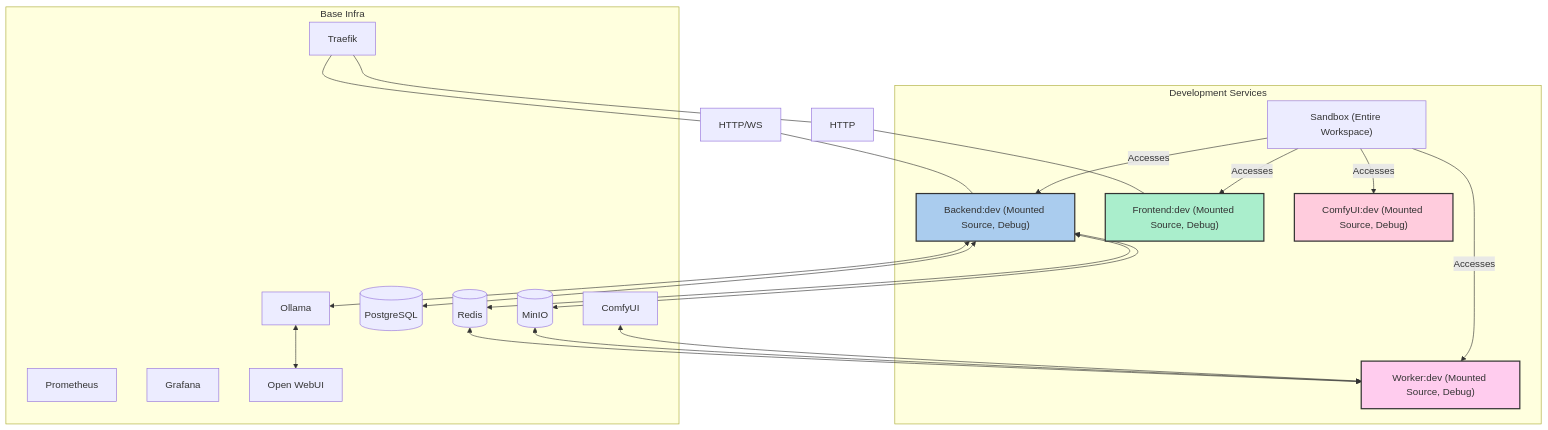
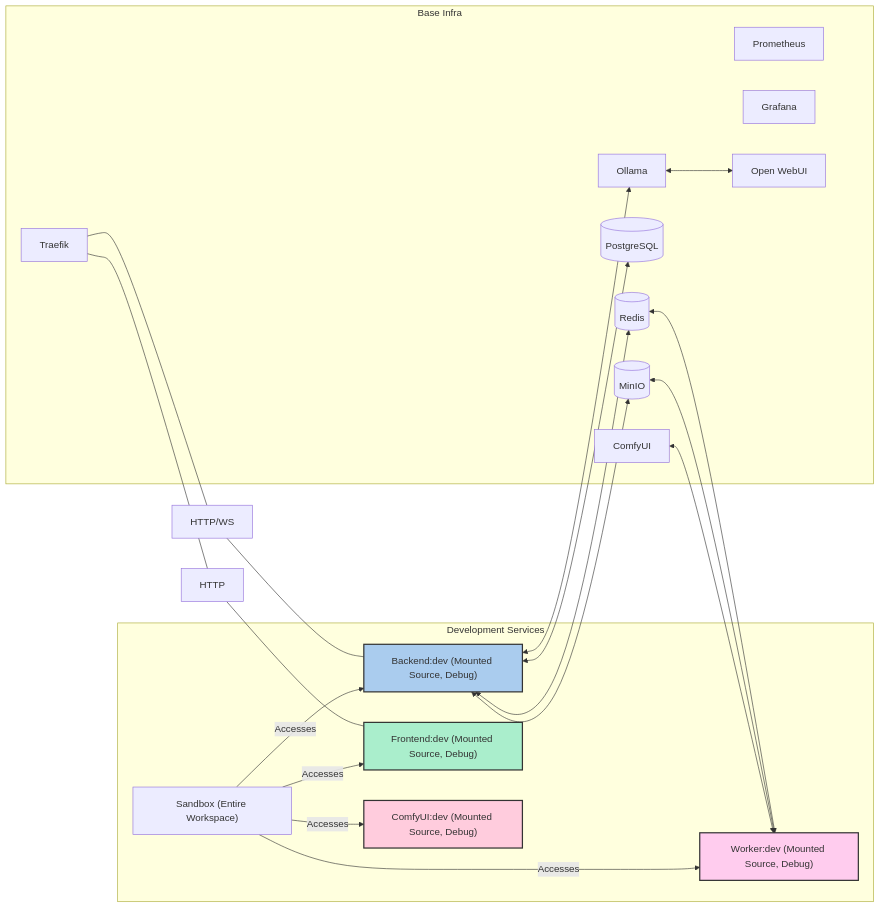
One commit to ktzevani/myspinbot changed the second of 2 diagrams in common/shared/analysis/platform_architecture_overview.md. Above: the diagram before and after it, drawn with Mermaid. The commit also changed other lines of this file and 1 other file, not shown here.

Commit message:
Documentation updates.

````diff
--- a/common/shared/analysis/platform_architecture_overview.md
+++ b/common/shared/analysis/platform_architecture_overview.md
@@ -97,44 +97,44 @@
 ```mermaid
-graph TD
+graph LR
     subgraph Base Infra
         T[Traefik]
         REDIS[(Redis)]
         POSTGRES[(PostgreSQL)]
         MINIO[(MinIO)]
         PROM[Prometheus]
         GRAFANA[Grafana]
         OLLAMA[Ollama]
         OPENWEBUI[Open WebUI]
         COMFYUI[ComfyUI]
     end
 
     subgraph Development Services
         API_DEV["Backend:dev (Mounted Source, Debug)"]
         UI_DEV["Frontend:dev (Mounted Source, Debug)"]
         WORKER_DEV["Worker:dev (Mounted Source, Debug)"]
         COMFYUI_DEV["ComfyUI:dev (Mounted Source, Debug)"]
         SANDBOX["Sandbox (Entire Workspace)"]
     end
 
     T --- HTTP/WS --- API_DEV
     T --- HTTP --- UI_DEV
     API_DEV <--> REDIS
     API_DEV <--> POSTGRES
     API_DEV <--> MINIO
     API_DEV <--> OLLAMA
 
     REDIS <--> WORKER_DEV
     MINIO <--> WORKER_DEV
     COMFYUI <--> WORKER_DEV
     OLLAMA <--> OPENWEBUI
 
     SANDBOX -- Accesses --> API_DEV
     SANDBOX -- Accesses --> UI_DEV
     SANDBOX -- Accesses --> WORKER_DEV
     SANDBOX -- Accesses --> COMFYUI_DEV
 
     style API_DEV fill:#ace,stroke:#333,stroke-width:2px
     style UI_DEV fill:#aec,stroke:#333,stroke-width:2px
     style WORKER_DEV fill:#fce,stroke:#333,stroke-width:2px
     style COMFYUI_DEV fill:#fcd,stroke:#333,stroke-width:2px
 ```
````
